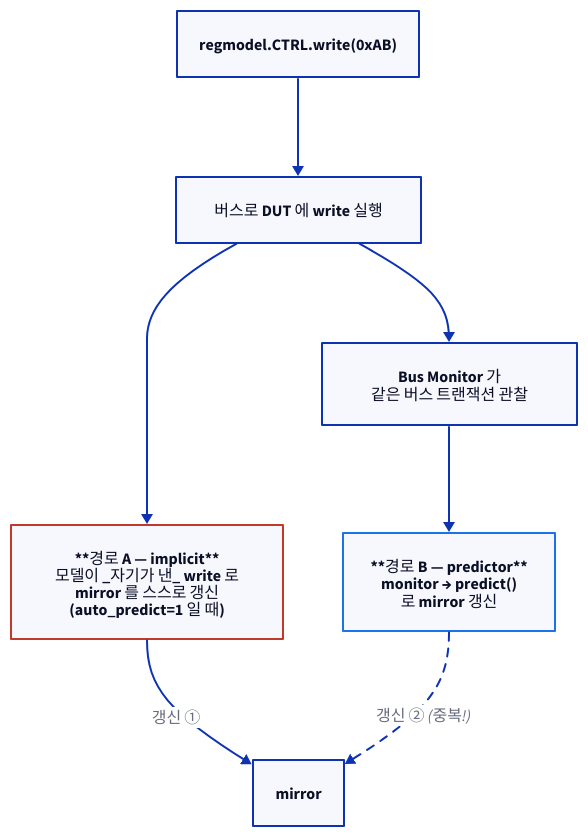
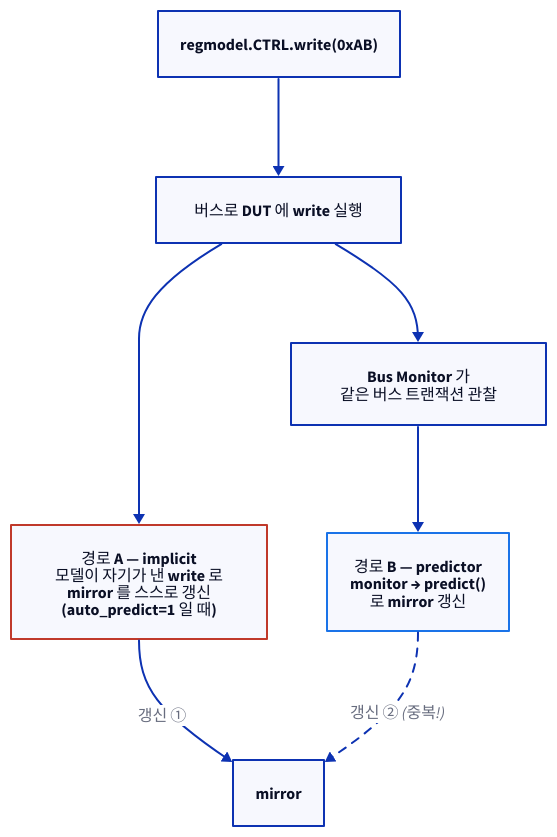
One commit to humbleowl39/DV_SKOOL changed the fourth of 5 diagrams in starlight_site/src/content/docs/uvm/07_register_layer_ral.md. Above: the diagram before and after it, drawn with D2. The commit also changed other lines of this file and 714 other files, not shown here.

First line of the commit message:
fix(site): d2 다이어그램 가독성 결함 6종 일괄 수정

````diff
--- a/starlight_site/src/content/docs/uvm/07_register_layer_ral.md
+++ b/starlight_site/src/content/docs/uvm/07_register_layer_ral.md
@@ -212,15 +212,15 @@
 ```d2
 direction: down
 W: "regmodel.CTRL.write(0xAB)"
 B: "버스로 DUT 에 write 실행"
-IMP: "**경로 A — implicit**\n모델이 _자기가 낸_ write 로\nmirror 를 스스로 갱신\n(auto_predict=1 일 때)" { style.stroke: "#c0392b"; style.stroke-width: 2 }
+IMP: "경로 A — implicit\n모델이 자기가 낸 write 로\nmirror 를 스스로 갱신\n(auto_predict=1 일 때)" { style.stroke: "#c0392b"; style.stroke-width: 2 }
 MON: "Bus Monitor 가\n같은 버스 트랜잭션 관찰"
-PRED: "**경로 B — predictor**\nmonitor → predict()\n로 mirror 갱신" { style.stroke: "#1a73e8"; style.stroke-width: 2 }
+PRED: "경로 B — predictor\nmonitor → predict()\n로 mirror 갱신" { style.stroke: "#1a73e8"; style.stroke-width: 2 }
 M: "mirror"
 W -> B
 B -> IMP
 B -> MON
 MON -> PRED
 IMP -> M: "갱신 ①"
 PRED -> M: "갱신 ② (중복!)" { style.stroke-dash: 4 }
 ```
````
